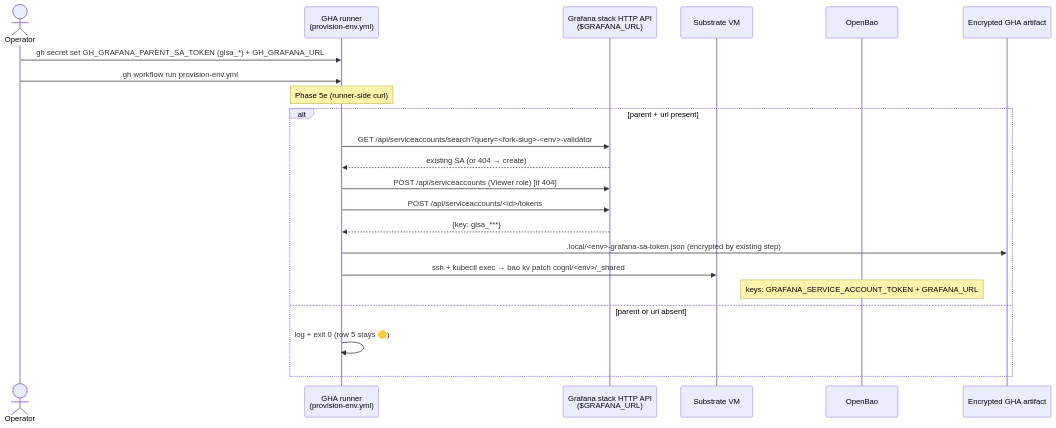
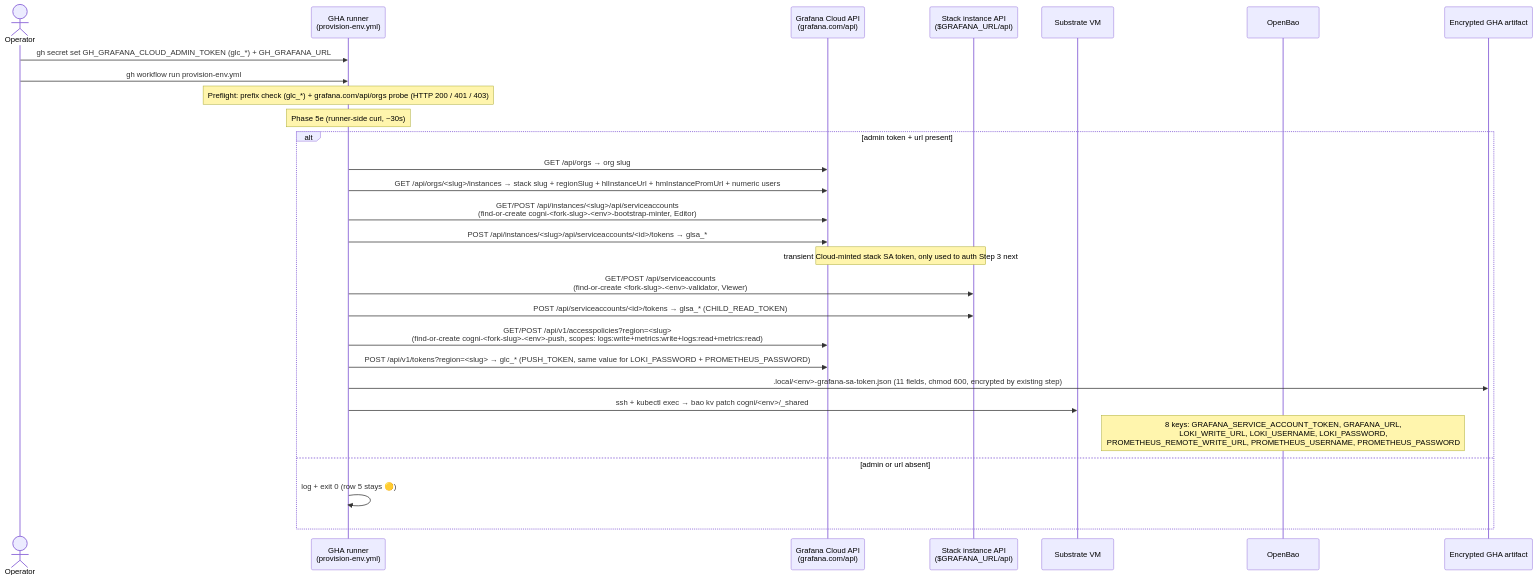
One commit to Cogni-DAO/node-template changed the diagram in docs/design/observability-creds-shared.md. Above: the diagram before and after it, drawn with Mermaid. The commit also changed other lines of this file and 1 other file, not shown here.

First line of the commit message:
docs(bootstrap): runbook + design align to single-glc_-root mint

````diff
--- a/docs/design/observability-creds-shared.md
+++ b/docs/design/observability-creds-shared.md
@@ -68,25 +72,31 @@
 ```mermaid
 sequenceDiagram
   actor Operator
   participant GHA as GHA runner<br/>(provision-env.yml)
-  participant Grafana as Grafana stack HTTP API<br/>($GRAFANA_URL)
+  participant Cloud as Grafana Cloud API<br/>(grafana.com/api)
+  participant Stack as Stack instance API<br/>($GRAFANA_URL/api)
   participant VM as Substrate VM
   participant Bao as OpenBao
   participant Artifact as Encrypted GHA artifact
 
-  Operator->>GHA: gh secret set GH_GRAFANA_PARENT_SA_TOKEN (glsa_*) + GH_GRAFANA_URL
+  Operator->>GHA: gh secret set GH_GRAFANA_CLOUD_ADMIN_TOKEN (glc_*) + GH_GRAFANA_URL
   Operator->>GHA: gh workflow run provision-env.yml
-  Note over GHA: Phase 5e (runner-side curl)
-  alt parent + url present
-    GHA->>Grafana: GET /api/serviceaccounts/search?query=<fork-slug>-<env>-validator
-    Grafana-->>GHA: existing SA (or 404 → create)
-    GHA->>Grafana: POST /api/serviceaccounts (Viewer role) [if 404]
-    GHA->>Grafana: POST /api/serviceaccounts/<id>/tokens
-    Grafana-->>GHA: {key: glsa_***}
-    GHA->>Artifact: .local/<env>-grafana-sa-token.json (encrypted by existing step)
+  Note over GHA: Preflight: prefix check (glc_*) + grafana.com/api/orgs probe (HTTP 200 / 401 / 403)
+  Note over GHA: Phase 5e (runner-side curl, ~30s)
+  alt admin token + url present
+    GHA->>Cloud: GET /api/orgs → org slug
+    GHA->>Cloud: GET /api/orgs/<slug>/instances → stack slug + regionSlug + hlInstanceUrl + hmInstancePromUrl + numeric users
+    GHA->>Cloud: GET/POST /api/instances/<slug>/api/serviceaccounts<br/>(find-or-create cogni-<fork-slug>-<env>-bootstrap-minter, Editor)
+    GHA->>Cloud: POST /api/instances/<slug>/api/serviceaccounts/<id>/tokens → glsa_*
+    Note over Cloud,Stack: transient Cloud-minted stack SA token, only used to auth Step 3 next
+    GHA->>Stack: GET/POST /api/serviceaccounts<br/>(find-or-create <fork-slug>-<env>-validator, Viewer)
+    GHA->>Stack: POST /api/serviceaccounts/<id>/tokens → glsa_* (CHILD_READ_TOKEN)
+    GHA->>Cloud: GET/POST /api/v1/accesspolicies?region=<slug><br/>(find-or-create cogni-<fork-slug>-<env>-push, scopes: logs:write+metrics:write+logs:read+metrics:read)
+    GHA->>Cloud: POST /api/v1/tokens?region=<slug> → glc_* (PUSH_TOKEN, same value for LOKI_PASSWORD + PROMETHEUS_PASSWORD)
+    GHA->>Artifact: .local/<env>-grafana-sa-token.json (11 fields, chmod 600, encrypted by existing step)
     GHA->>VM: ssh + kubectl exec → bao kv patch cogni/<env>/_shared
-    Note over Bao: keys: GRAFANA_SERVICE_ACCOUNT_TOKEN + GRAFANA_URL
-  else parent or url absent
+    Note over Bao: 8 keys: GRAFANA_SERVICE_ACCOUNT_TOKEN, GRAFANA_URL,<br/>LOKI_WRITE_URL, LOKI_USERNAME, LOKI_PASSWORD,<br/>PROMETHEUS_REMOTE_WRITE_URL, PROMETHEUS_USERNAME, PROMETHEUS_PASSWORD
+  else admin or url absent
     GHA->>GHA: log + exit 0 (row 5 stays 🟡)
   end
 ```
````
